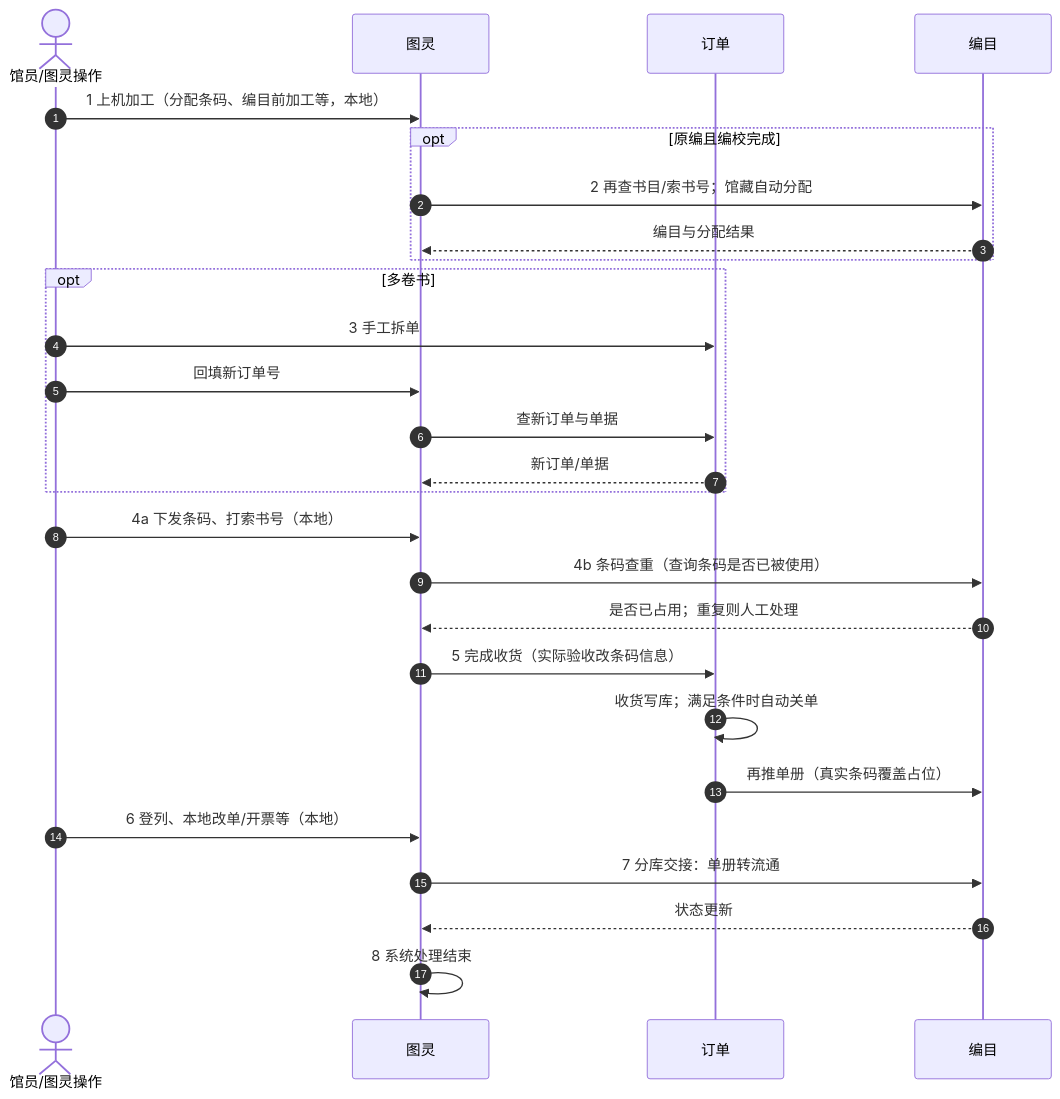
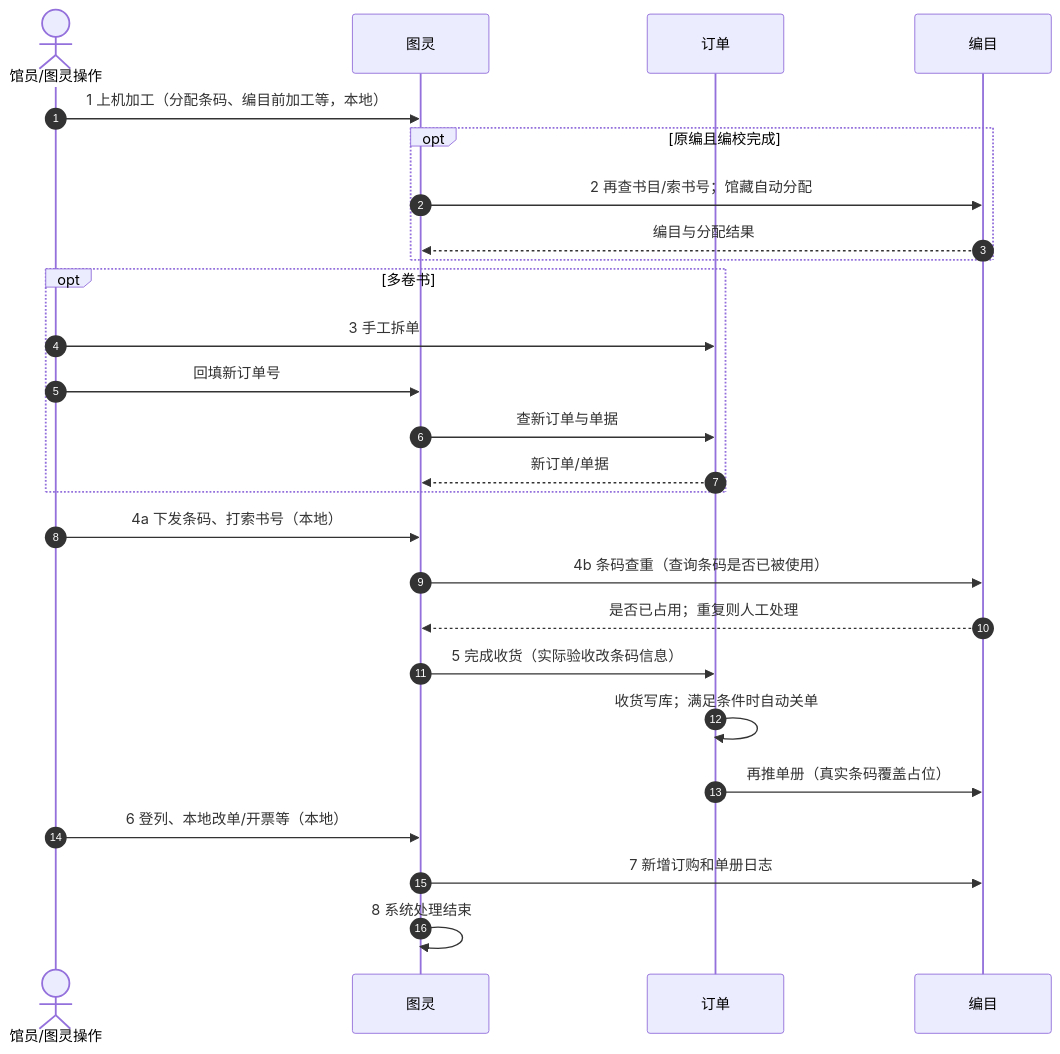
The second of 2 diagrams in docs/superpowers/specs/2026-10-14-turing-order-catalog-acceptance-flow-design.md (yxw7/orderM), drawn with Mermaid before and after one commit. The commit also changed other lines of this file and 1 other file, not shown here.

````diff
--- a/docs/superpowers/specs/2026-10-14-turing-order-catalog-acceptance-flow-design.md
+++ b/docs/superpowers/specs/2026-10-14-turing-order-catalog-acceptance-flow-design.md
@@ -123,30 +127,29 @@
 ```mermaid
 sequenceDiagram
   autonumber
   actor Op as 馆员/图灵操作
   participant T as 图灵
   participant O as 订单
   participant C as 编目
 
   Op->>T: 1 上机加工（分配条码、编目前加工等，本地）
   opt 原编且编校完成
     T->>C: 2 再查书目/索书号；馆藏自动分配
     C-->>T: 编目与分配结果
   end
   opt 多卷书
     Op->>O: 3 手工拆单
     Op->>T: 回填新订单号
     T->>O: 查新订单与单据
     O-->>T: 新订单/单据
   end
   Op->>T: 4a 下发条码、打索书号（本地）
   T->>C: 4b 条码查重（查询条码是否已被使用）
   C-->>T: 是否已占用；重复则人工处理
   T->>O: 5 完成收货（实际验收改条码信息）
   O->>O: 收货写库；满足条件时自动关单
   O->>C: 再推单册（真实条码覆盖占位）
   Op->>T: 6 登列、本地改单/开票等（本地）
-  T->>C: 7 分库交接：单册转流通
-  C-->>T: 状态更新
+  T->>C: 7 新增订购和单册日志
   T->>T: 8 系统处理结束
 ```
````
